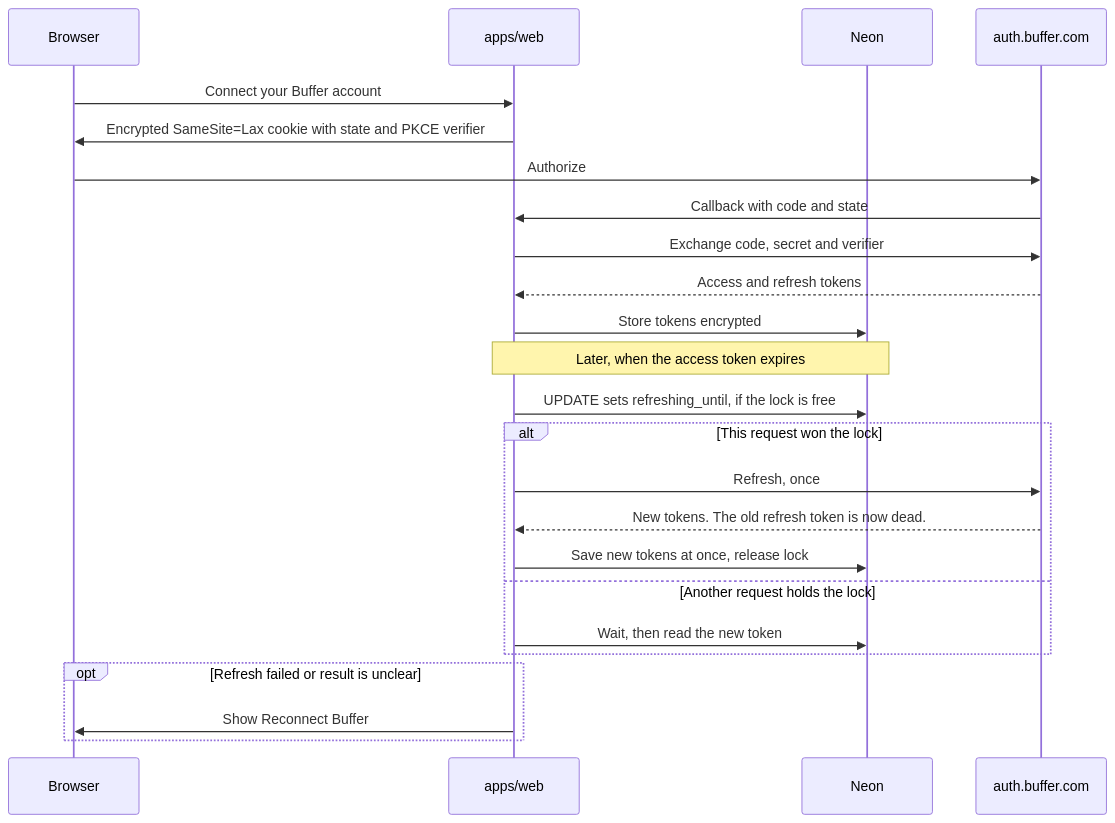
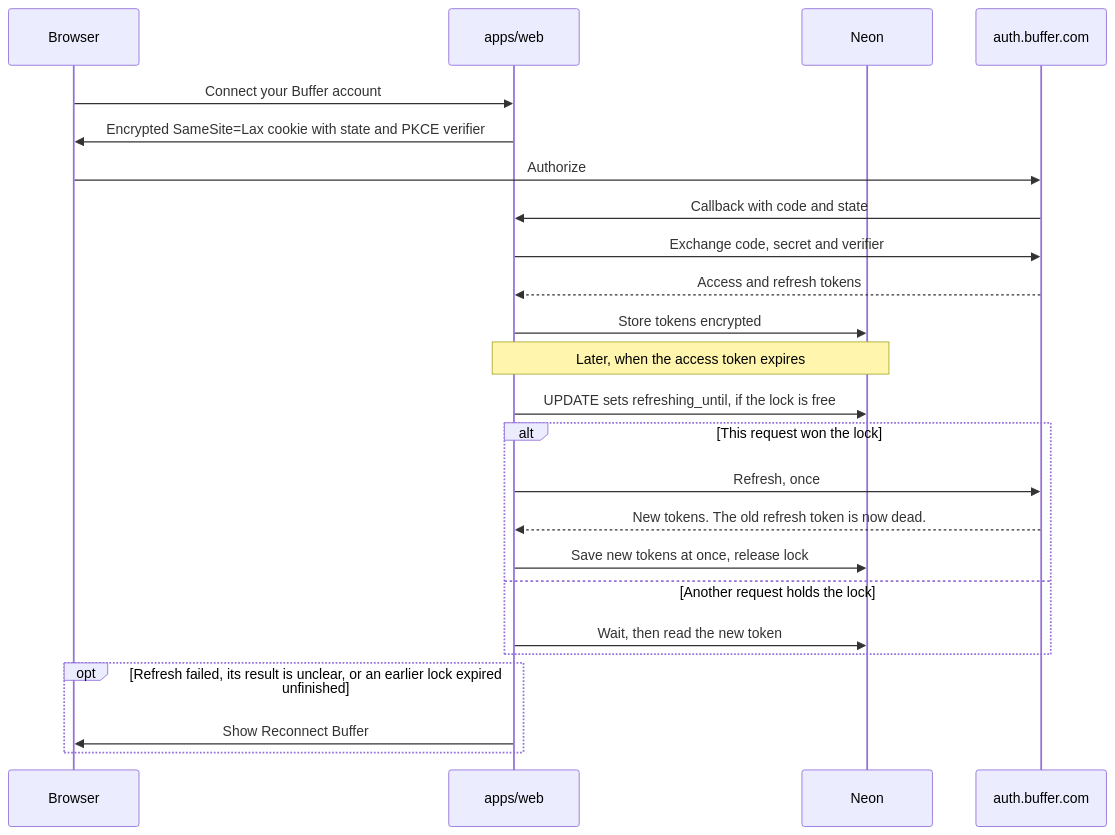
One commit to bernardosevero/scroll-spark changed the third of 3 diagrams in docs/architecture.md. Above: the diagram before and after it, drawn with Mermaid. The commit also changed 44 other files, not shown here.

````diff
--- a/docs/architecture.md
+++ b/docs/architecture.md
@@ -80,28 +80,28 @@
 ```mermaid
 sequenceDiagram
   participant Browser
   participant Web as apps/web
   participant DB as Neon
   participant Buffer as auth.buffer.com
 
   Browser->>Web: Connect your Buffer account
   Web->>Browser: Encrypted SameSite=Lax cookie with state and PKCE verifier
   Browser->>Buffer: Authorize
   Buffer->>Web: Callback with code and state
   Web->>Buffer: Exchange code, secret and verifier
   Buffer-->>Web: Access and refresh tokens
   Web->>DB: Store tokens encrypted
 
   Note over Web,DB: Later, when the access token expires
   Web->>DB: UPDATE sets refreshing_until, if the lock is free
   alt This request won the lock
     Web->>Buffer: Refresh, once
     Buffer-->>Web: New tokens. The old refresh token is now dead.
     Web->>DB: Save new tokens at once, release lock
   else Another request holds the lock
     Web->>DB: Wait, then read the new token
   end
-  opt Refresh failed or result is unclear
+  opt Refresh failed, its result is unclear, or an earlier lock expired unfinished
     Web->>Browser: Show Reconnect Buffer
   end
 ```
````
